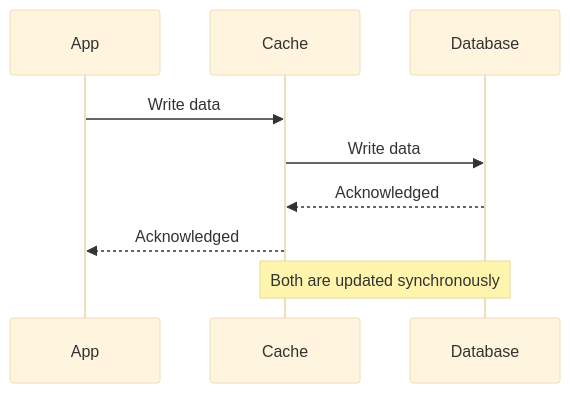
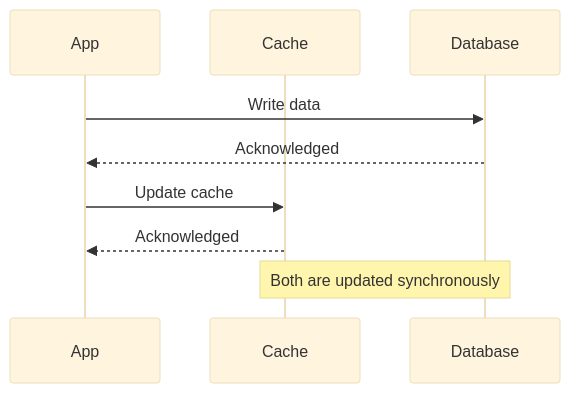
The third of 4 diagrams in posts/2026-02-20-distributed-caching-patterns/README.md (OneUptime/blog), drawn with Mermaid (base theme) before and after one commit. The commit also changed other lines of this file and 2 other files, not shown here.

````diff
--- a/posts/2026-02-20-distributed-caching-patterns/README.md
+++ b/posts/2026-02-20-distributed-caching-patterns/README.md
@@ -95,12 +95,12 @@
 ```mermaid
 sequenceDiagram
     participant App
     participant Cache
     participant Database
 
-    App->>Cache: Write data
-    Cache->>Database: Write data
-    Database-->>Cache: Acknowledged
+    App->>Database: Write data
+    Database-->>App: Acknowledged
+    App->>Cache: Update cache
     Cache-->>App: Acknowledged
     Note over Cache,Database: Both are updated synchronously
 ```
````
